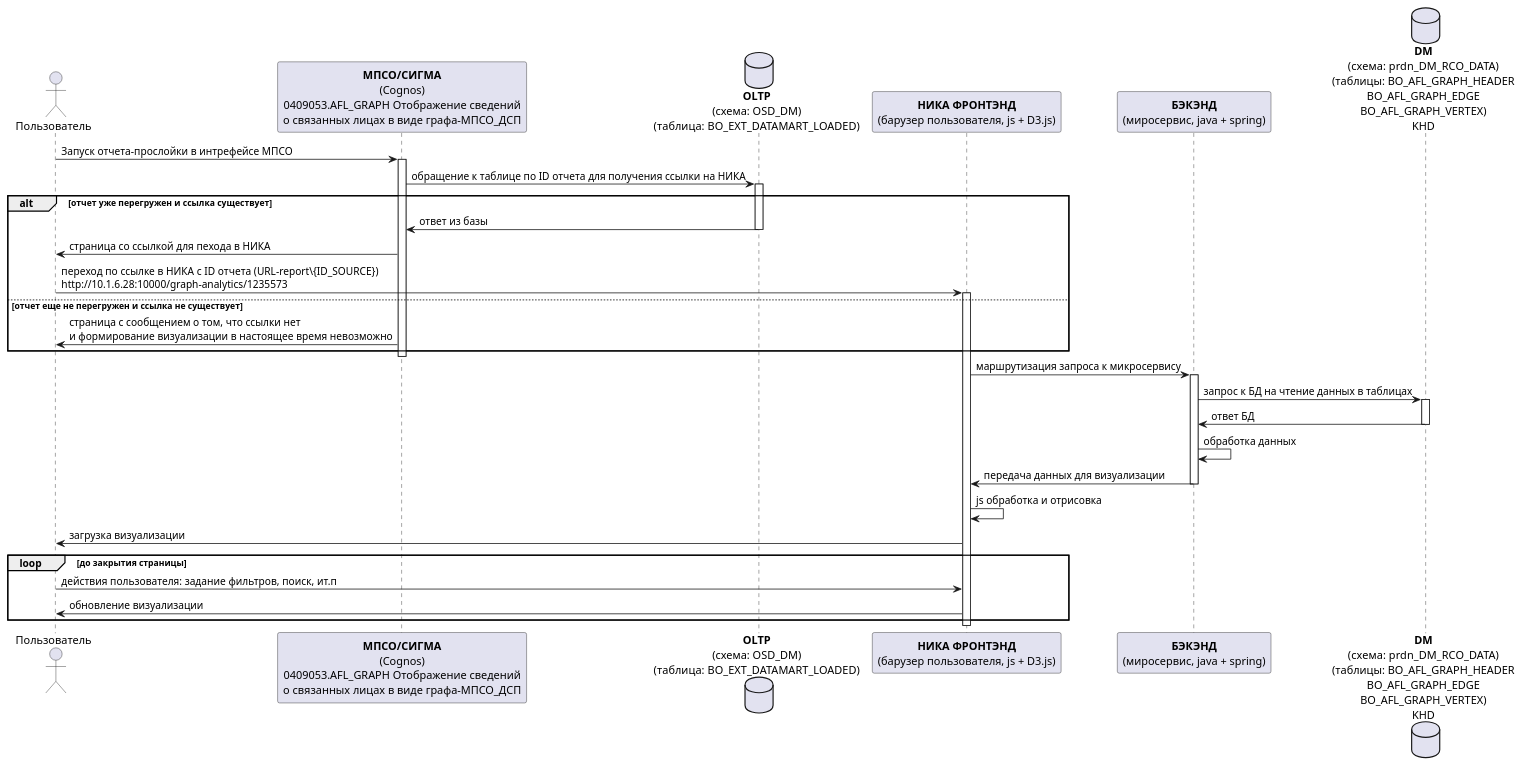
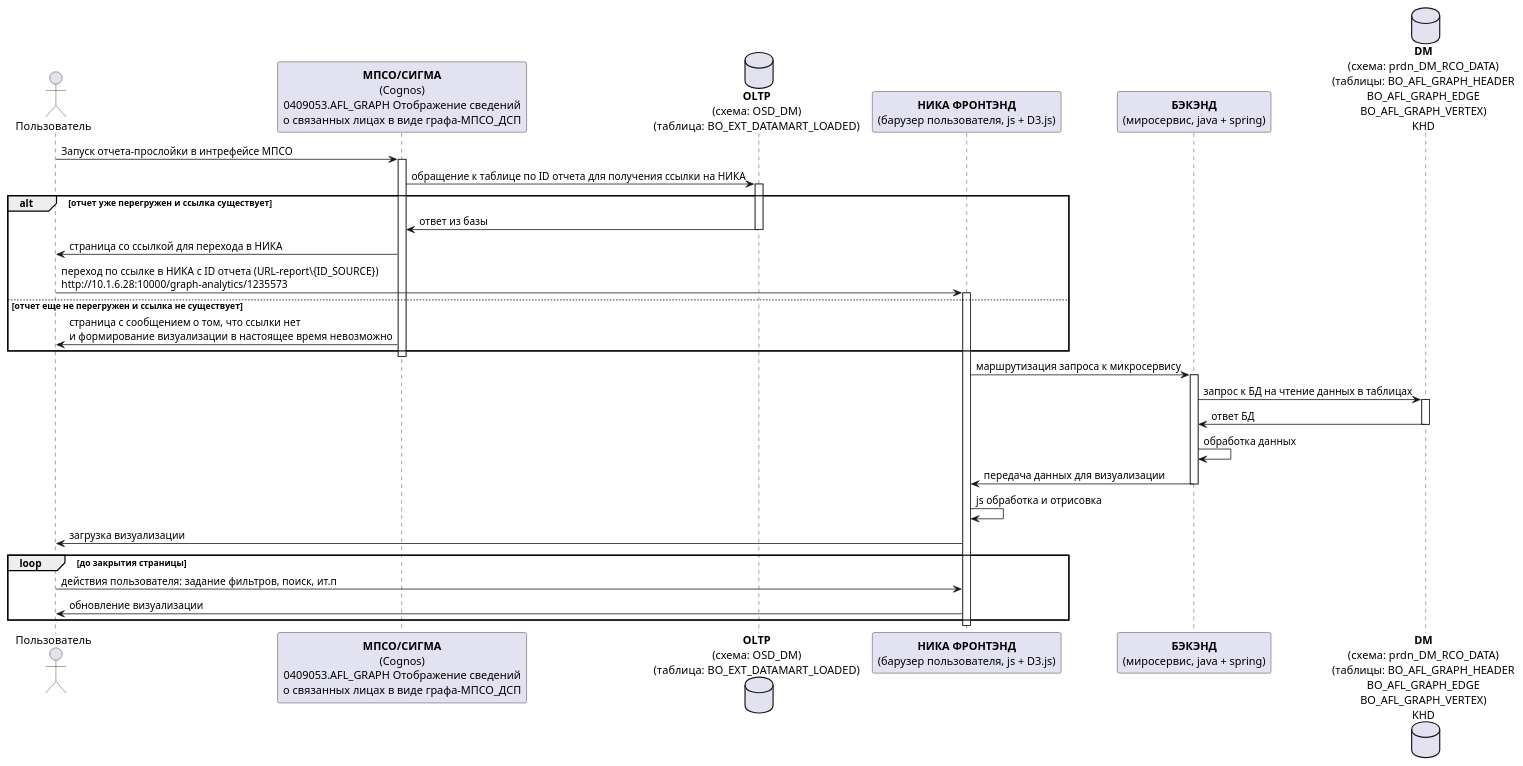
Before and after one commit to hheli/hheliDiagrams: the diagram in src/0409053/схема_работы_0409053.AFL_GRAPH.plantuml, drawn with PlantUML.

Commit message:
исправелны опечатки

```diff
--- a/src/0409053/схема_работы_0409053.AFL_GRAPH.plantuml
+++ b/src/0409053/схема_работы_0409053.AFL_GRAPH.plantuml
@@ -1,47 +1,47 @@
 @startuml
 actor "Пользователь" as user order 10
 
 
 participant "<b>МПСО/СИГМА</b>\n(Cognos)\n0409053.AFL_GRAPH Отображение сведений\nо связанных лицах в виде графа-МПСО_ДСП" as mpsoRepLink order 20
 database "<b>OLTP</b>\n(схема: OSD_DM)\n(таблица: BO_EXT_DATAMART_LOADED)" as osdDmDatabase order 30
 participant "<b>НИКА ФРОНТЭНД</b>\n(барузер пользователя, js + D3.js)" as nikaFront order 40
 participant "<b>БЭКЭНД</b>\n(миросервис, java + spring)" as nikaBack order 50
 database "<b>DM</b>\n(схема: prdn_DM_RCO_DATA)\n(таблицы: BO_AFL_GRAPH_HEADER\nBO_AFL_GRAPH_EDGE\nBO_AFL_GRAPH_VERTEX)\nKHD" as dmDatabase order 60
 
 
 user->mpsoRepLink: Запуск отчета-прослойки в интрефейсе МПСО
 activate mpsoRepLink 
 
 mpsoRepLink -> osdDmDatabase:обращение к таблице по ID отчета для получения ссылки на НИКА
 activate osdDmDatabase
 alt отчет уже перегружен и ссылка существует
 osdDmDatabase -> mpsoRepLink:ответ из базы
 deactivate osdDmDatabase
-mpsoRepLink->user:страница со ссылкой для пехода в НИКА
+mpsoRepLink->user:страница со ссылкой для перехода в НИКА
 user->nikaFront:переход по ссылке в НИКА с ID отчета (URL-report\{ID_SOURCE})\nhttp://10.1.6.28:10000/graph-analytics/1235573
 activate nikaFront
 else отчет еще не перегружен и ссылка не существует
 mpsoRepLink->user:страница с сообщением о том, что ссылки нет\nи формирование визуализации в настоящее время невозможно
 end
 deactivate mpsoRepLink
 
 nikaFront->nikaBack:маршрутизация запроса к микросервису
 activate nikaBack
 nikaBack->dmDatabase:запрос к БД на чтение данных в таблицах
 activate dmDatabase
 dmDatabase->nikaBack:ответ БД
 deactivate dmDatabase
 nikaBack->nikaBack:обработка данных
 
 nikaBack->nikaFront:передача данных для визуализации
 deactivate nikaBack
 nikaFront->nikaFront:js обработка и отрисовка
 
 nikaFront->user:загрузка визуализации
 loop до закрытия страницы
             user->nikaFront:действия пользователя: задание фильтров, поиск, ит.п
             nikaFront->user:обновление визуализации
 end
 deactivate nikaFront
 
 @enduml
```
